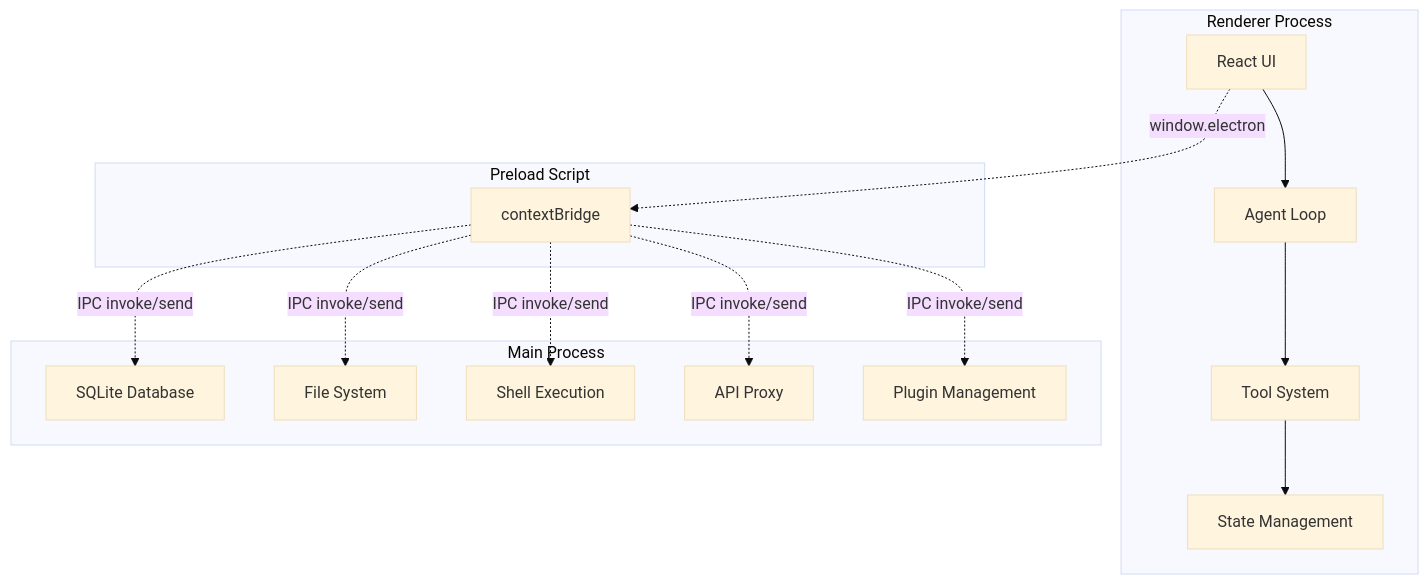
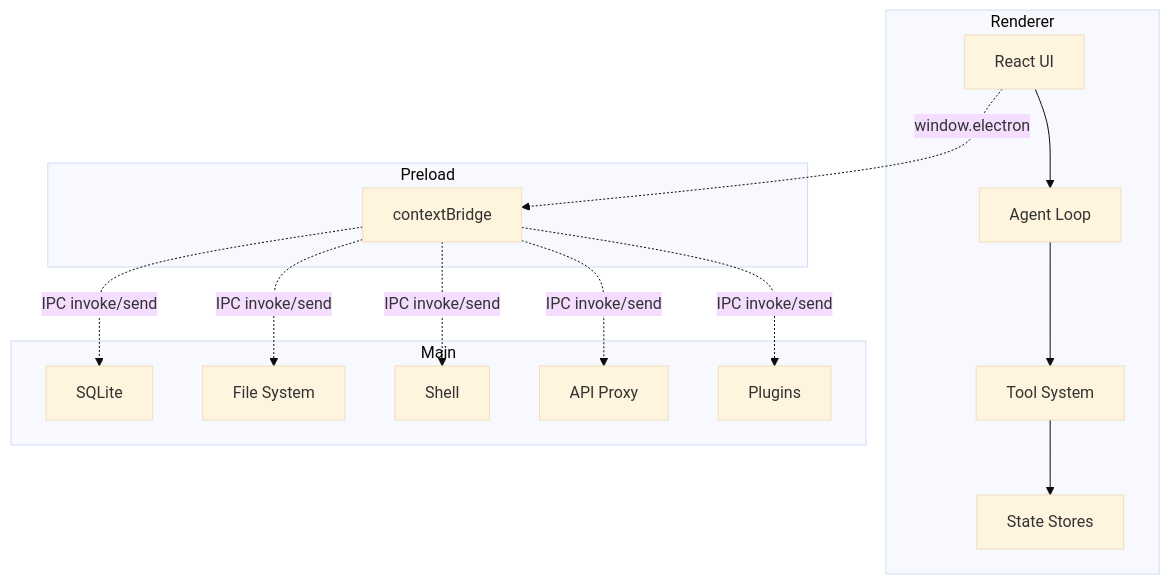
Before and after one commit to AIDotNet/OpenCowork: the diagram in README.md, drawn with Mermaid (base theme). The commit also changed other lines of this file and 61 other files, not shown here.

````diff
--- a/README.md
+++ b/README.md
@@ -264,27 +55,27 @@
 ```mermaid
 graph TB
-    subgraph "Renderer Process"
-        A[React UI] --> B[Agent Loop]
-        B --> C[Tool System]
-        C --> D[State Management]
-    end
-    
-    subgraph "Preload Script"
-        E[contextBridge]
-    end
-    
-    subgraph "Main Process"
-        F[SQLite Database]
-        G[File System]
-        H[Shell Execution]
-        I[API Proxy]
-        J[Plugin Management]
-    end
-    
-    A -.->|window.electron| E
-    E -.->|IPC invoke/send| F
-    E -.->|IPC invoke/send| G
-    E -.->|IPC invoke/send| H
-    E -.->|IPC invoke/send| I
-    E -.->|IPC invoke/send| J
+  subgraph "Renderer"
+    A[React UI] --> B[Agent Loop]
+    B --> C[Tool System]
+    C --> D[State Stores]
+  end
+
+  subgraph "Preload"
+    E[contextBridge]
+  end
+
+  subgraph "Main"
+    F[SQLite]
+    G[File System]
+    H[Shell]
+    I[API Proxy]
+    J[Plugins]
+  end
+
+  A -.->|window.electron| E
+  E -.->|IPC invoke/send| F
+  E -.->|IPC invoke/send| G
+  E -.->|IPC invoke/send| H
+  E -.->|IPC invoke/send| I
+  E -.->|IPC invoke/send| J
 ```
````
